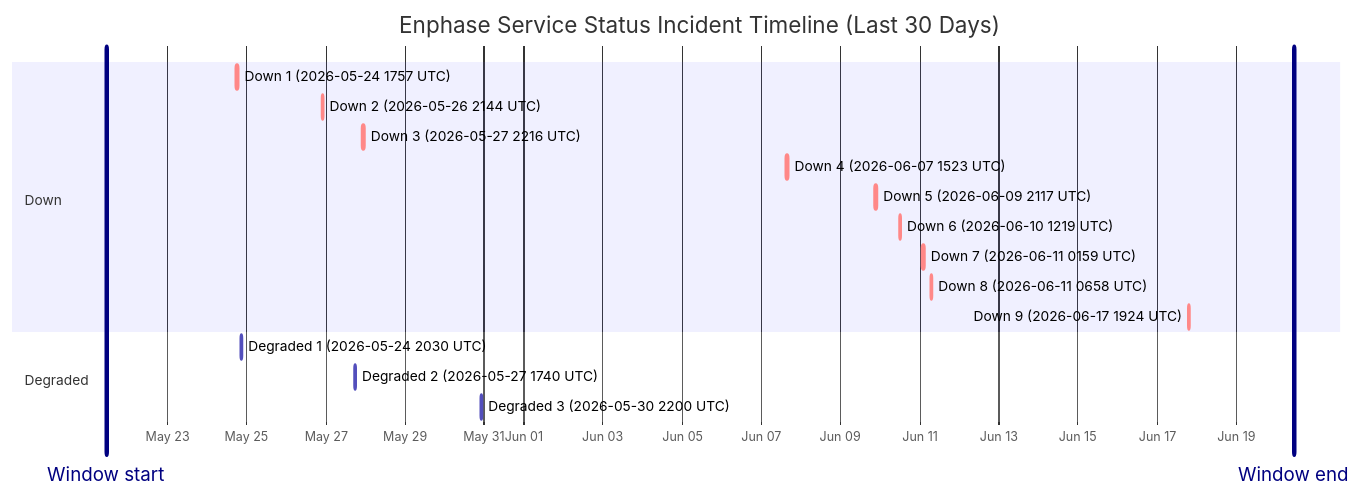
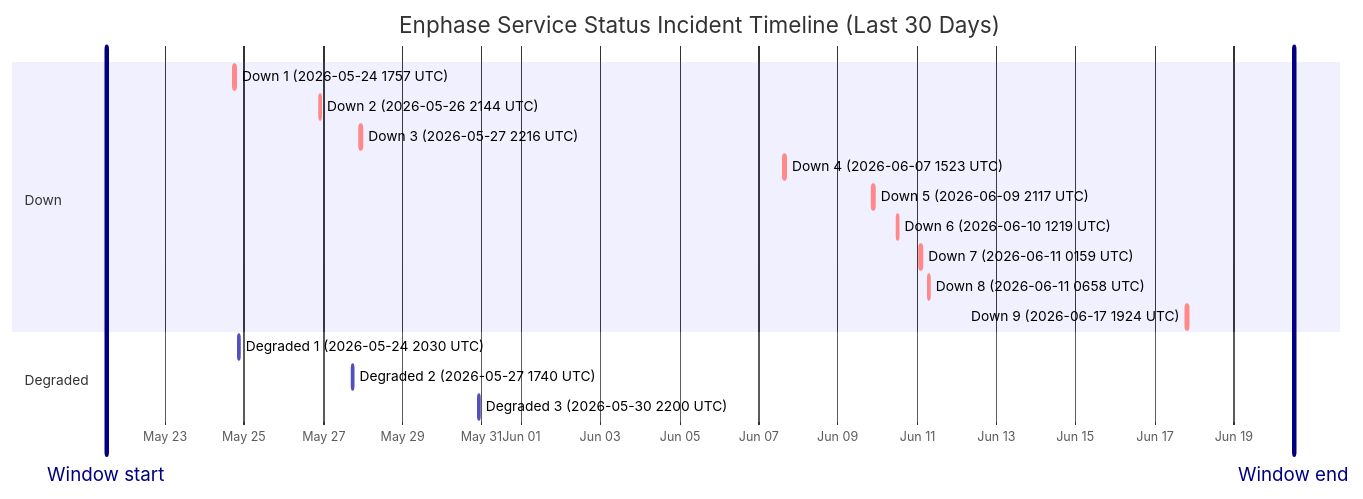
Before and after one commit to barneyonline/ha-enphase-energy: the diagram in wiki/Service-Status-History.md, drawn with Mermaid. The commit also changed other lines of this file and 3 other files, not shown here.

````diff
--- a/wiki/Service-Status-History.md
+++ b/wiki/Service-Status-History.md
@@ -14,22 +14,22 @@
 ```mermaid
 gantt
     title Enphase Service Status Incident Timeline (Last 30 Days)
     dateFormat  YYYY-MM-DDTHH:mm:ss
     axisFormat  %b %d
-    Window start :vert, window-start, 2026-05-21T10:56:58, 0ms
-    Window end :vert, window-end, 2026-06-20T10:56:58, 0ms
+    Window start :vert, window-start, 2026-05-21T12:27:00, 0ms
+    Window end :vert, window-end, 2026-06-20T12:27:00, 0ms
     section Down
     Down 1 (2026-05-24 1757 UTC) :crit, down-1, 2026-05-24T17:57:41, 86m
     Down 2 (2026-05-26 2144 UTC) :crit, down-2, 2026-05-26T21:44:11, 85m
     Down 3 (2026-05-27 2216 UTC) :crit, down-3, 2026-05-27T22:16:53, 87m
     Down 4 (2026-06-07 1523 UTC) :crit, down-4, 2026-06-07T15:23:22, 87m
     Down 5 (2026-06-09 2117 UTC) :crit, down-5, 2026-06-09T21:17:17, 60m
     Down 6 (2026-06-10 1219 UTC) :crit, down-6, 2026-06-10T12:19:21, 60m
     Down 7 (2026-06-11 0159 UTC) :crit, down-7, 2026-06-11T01:59:36, 60m
     Down 8 (2026-06-11 0658 UTC) :crit, down-8, 2026-06-11T06:58:45, 60m
     Down 9 (2026-06-17 1924 UTC) :crit, down-9, 2026-06-17T19:24:51, 60m
     section Degraded
     Degraded 1 (2026-05-24 2030 UTC) :active, degraded-1, 2026-05-24T20:30:57, 84m
     Degraded 2 (2026-05-27 1740 UTC) :active, degraded-2, 2026-05-27T17:40:52, 60m
     Degraded 3 (2026-05-30 2200 UTC) :active, degraded-3, 2026-05-30T22:00:37, 60m
 ```
````
